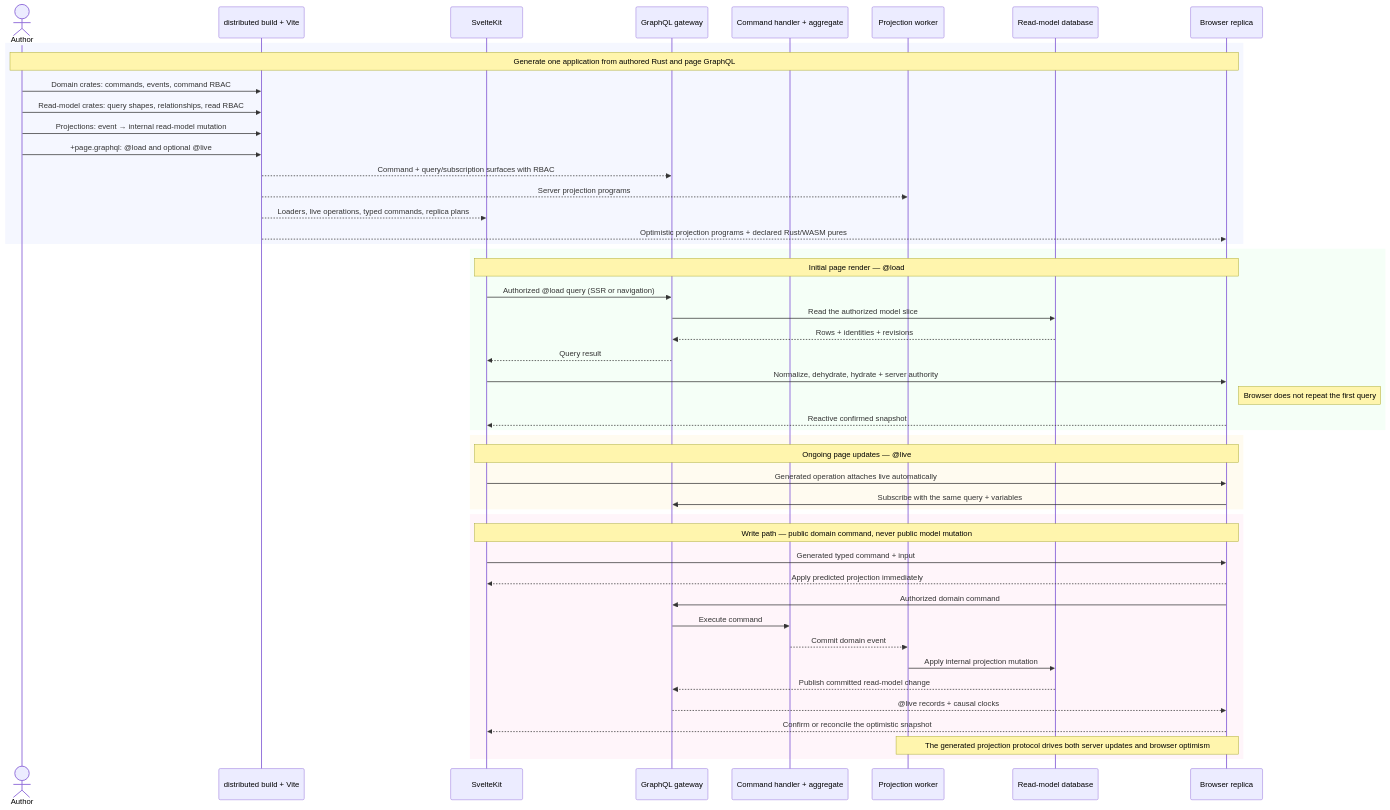
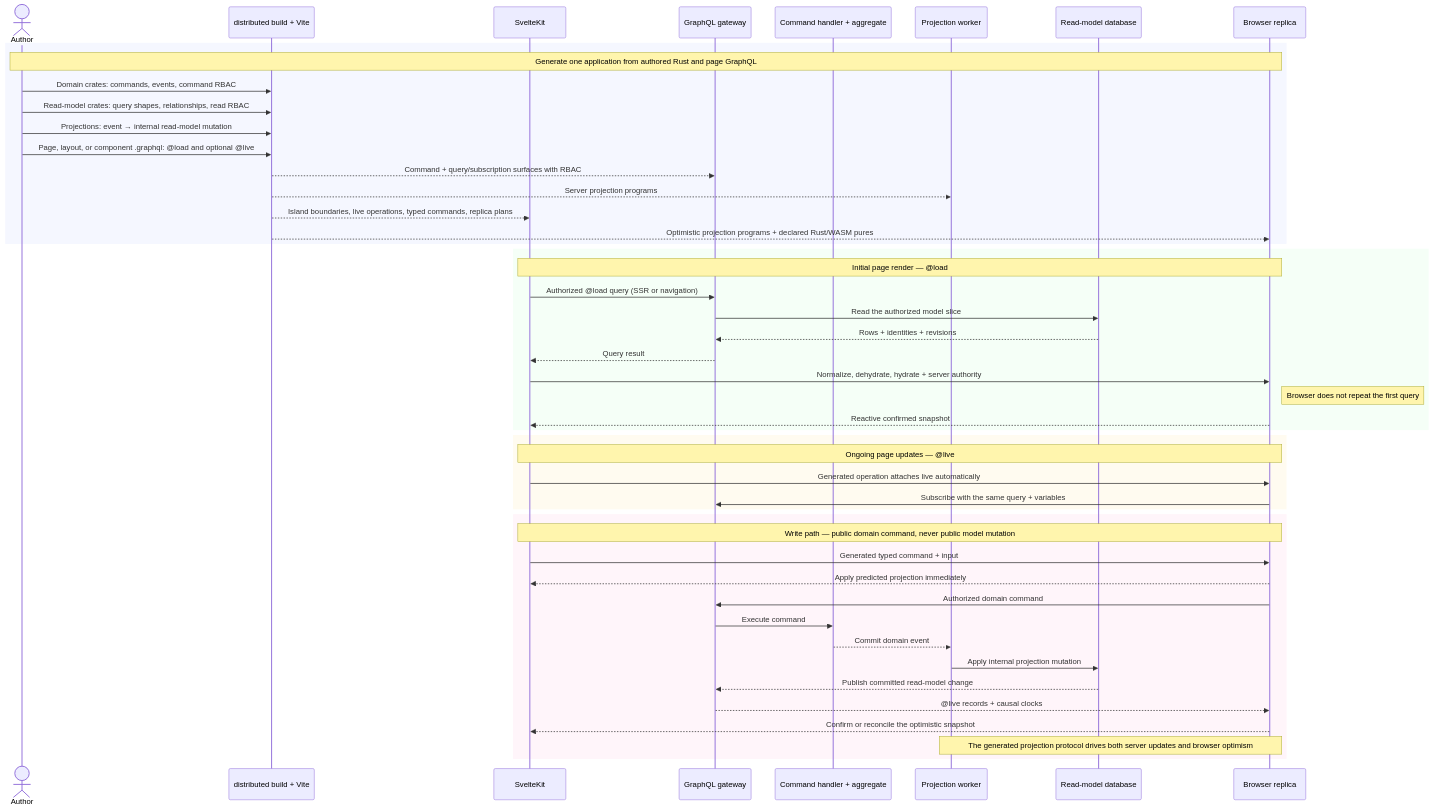
Before and after one commit to patrickleet/sourced_rust: the first of 2 diagrams in README.md, drawn with Mermaid. The commit also changed other lines of this file and 86 other files, not shown here.

First line of the commit message:
feat: add GraphQL islands for SvelteKit data ownership (#220)

````diff
--- a/README.md
+++ b/README.md
@@ -11,54 +11,54 @@
 ```mermaid
 sequenceDiagram
     actor Author
     participant Build as distributed build + Vite
     participant Kit as SvelteKit
     participant API as GraphQL gateway
     participant Domain as Command handler + aggregate
     participant Projector as Projection worker
     participant DB as Read-model database
     participant Replica as Browser replica
 
     rect rgb(245, 247, 255)
         Note over Author,Replica: Generate one application from authored Rust and page GraphQL
         Author->>Build: Domain crates: commands, events, command RBAC
         Author->>Build: Read-model crates: query shapes, relationships, read RBAC
         Author->>Build: Projections: event → internal read-model mutation
-        Author->>Build: +page.graphql: @load and optional @live
+        Author->>Build: Page, layout, or component .graphql: @load and optional @live
         Build-->>API: Command + query/subscription surfaces with RBAC
         Build-->>Projector: Server projection programs
-        Build-->>Kit: Loaders, live operations, typed commands, replica plans
+        Build-->>Kit: Island boundaries, live operations, typed commands, replica plans
         Build-->>Replica: Optimistic projection programs + declared Rust/WASM pures
     end
 
     rect rgb(245, 255, 247)
         Note over Kit,Replica: Initial page render — @load
         Kit->>API: Authorized @load query (SSR or navigation)
         API->>DB: Read the authorized model slice
         DB-->>API: Rows + identities + revisions
         API-->>Kit: Query result
         Kit->>Replica: Normalize, dehydrate, hydrate + server authority
         Note right of Replica: Browser does not repeat the first query
         Replica-->>Kit: Reactive confirmed snapshot
     end
 
     rect rgb(255, 251, 240)
         Note over Kit,Replica: Ongoing page updates — @live
         Kit->>Replica: Generated operation attaches live automatically
         Replica->>API: Subscribe with the same query + variables
     end
 
     rect rgb(255, 245, 250)
         Note over Kit,Replica: Write path — public domain command, never public model mutation
         Kit->>Replica: Generated typed command + input
         Replica-->>Kit: Apply predicted projection immediately
         Replica->>API: Authorized domain command
         API->>Domain: Execute command
         Domain-->>Projector: Commit domain event
         Projector->>DB: Apply internal projection mutation
         DB-->>API: Publish committed read-model change
         API-->>Replica: @live records + causal clocks
         Replica-->>Kit: Confirm or reconcile the optimistic snapshot
         Note over Projector,Replica: The generated projection protocol drives both server updates and browser optimism
     end
 ```
````
